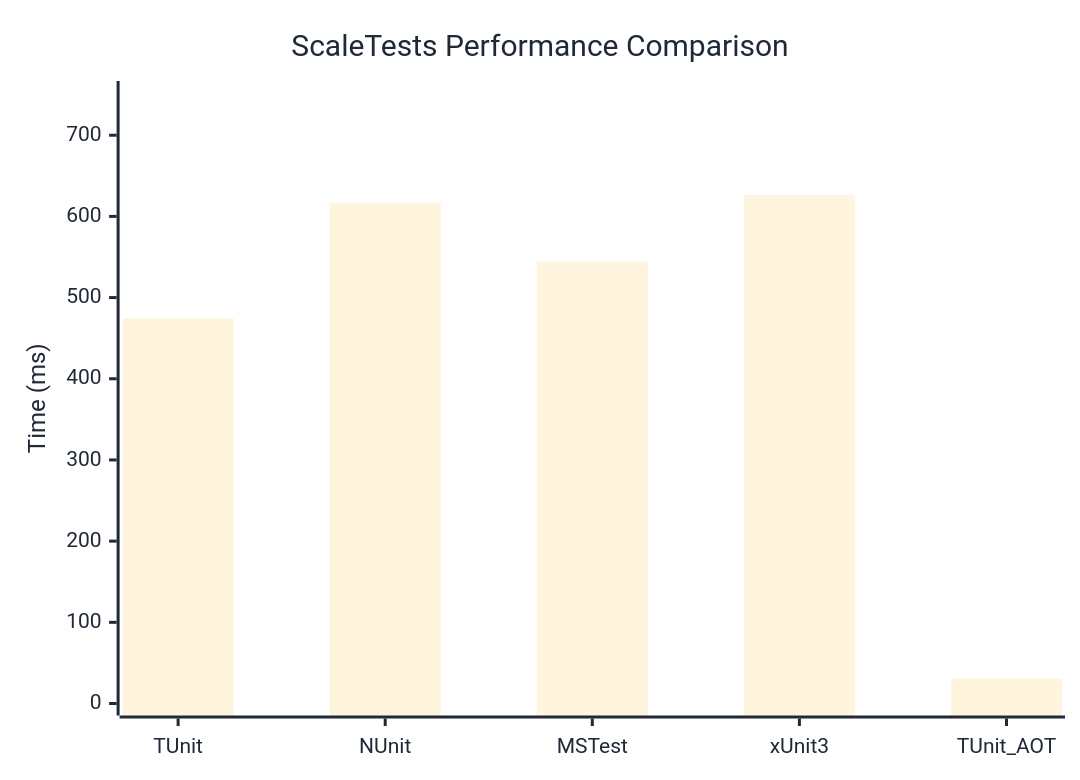
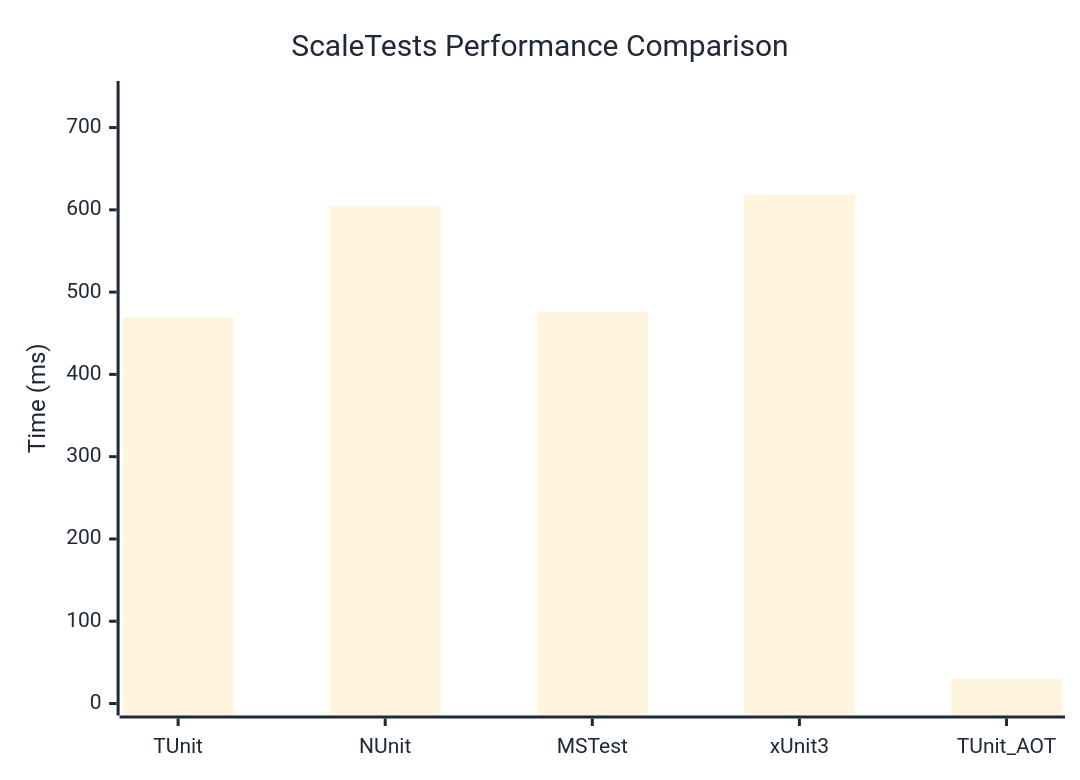
The diagram in docs/docs/benchmarks/ScaleTests.md (thomhurst/TUnit), drawn with Mermaid before and after one commit. The commit also changed other lines of this file and 16 other files, not shown here.

````diff
--- a/docs/docs/benchmarks/ScaleTests.md
+++ b/docs/docs/benchmarks/ScaleTests.md
@@ -27,37 +27,37 @@
 ```mermaid
 %%{init: {
   'theme':'base',
   'themeVariables': {
     'primaryColor': '#2563eb',
     'primaryTextColor': '#1f2937',
     'primaryBorderColor': '#1e40af',
     'lineColor': '#6b7280',
     'secondaryColor': '#7c3aed',
     'tertiaryColor': '#dc2626',
     'background': '#ffffff',
     'mainBkg': '#2563eb',
     'secondBkg': '#7c3aed',
     'tertiaryBkg': '#dc2626',
     'clusterBkg': '#f3f4f6',
     'edgeLabelBackground': '#ffffff',
     'tertiaryTextColor': '#1f2937',
     'pie1': '#2563eb',
     'pie2': '#7c3aed',
     'pie3': '#dc2626',
     'pie4': '#f59e0b',
     'pie5': '#10b981',
     'pie6': '#06b6d4',
     'pie7': '#ec4899',
     'pie8': '#6366f1',
     'pie9': '#84cc16',
     'pie10': '#f97316',
     'pie11': '#14b8a6',
     'pie12': '#a855f7'
   }
 }}%%
 xychart-beta
   title "ScaleTests Performance Comparison"
   x-axis ["TUnit", "NUnit", "MSTest", "xUnit3", "TUnit_AOT"]
-  y-axis "Time (ms)" 0 --> 752
-  bar [474.48, 616.99, 544.34, 626.24, 30.8]
+  y-axis "Time (ms)" 0 --> 742
+  bar [469.74, 604.4, 476.13, 618.17, 30.04]
 ```
````
